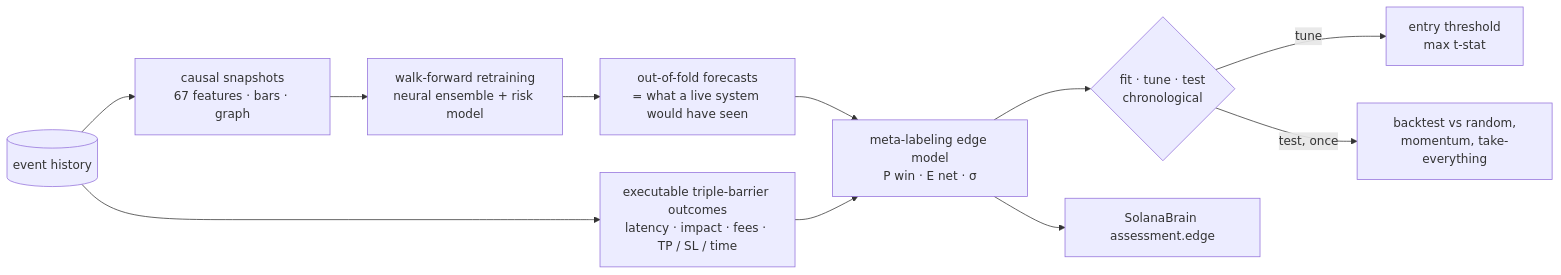
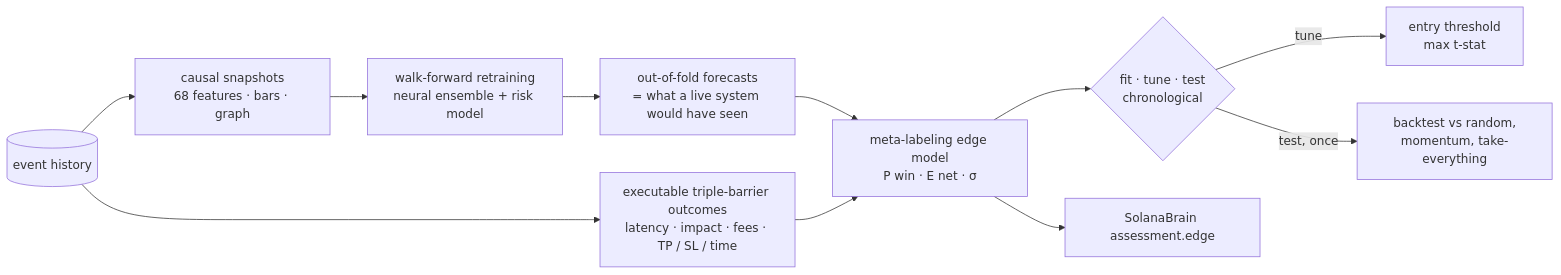
Before and after one commit to paloaltovisitor57-cloud/Machines-learning-at-full-speed: the diagram in docs/EDGE.md, drawn with Mermaid. The commit also changed other lines of this file and 14 other files, not shown here.

````diff
--- a/docs/EDGE.md
+++ b/docs/EDGE.md
@@ -8,12 +8,12 @@
 ```mermaid
 flowchart LR
-    H[(event history)] --> DS[causal snapshots<br/>67 features · bars · graph]
+    H[(event history)] --> DS[causal snapshots<br/>68 features · bars · graph]
     H --> TB[executable triple-barrier outcomes<br/>latency · impact · fees · TP / SL / time]
     DS --> WF[walk-forward retraining<br/>neural ensemble + risk model]
     WF --> OOF[out-of-fold forecasts<br/>= what a live system would have seen]
     OOF & TB --> META[meta-labeling edge model<br/>P win · E net · σ]
     META --> SPLIT{fit · tune · test<br/>chronological}
     SPLIT -->|tune| THR[entry threshold<br/>max t-stat]
     SPLIT -->|test, once| BT[backtest vs random,<br/>momentum, take-everything]
     META --> LIVE[SolanaBrain assessment.edge]
 ```
````
